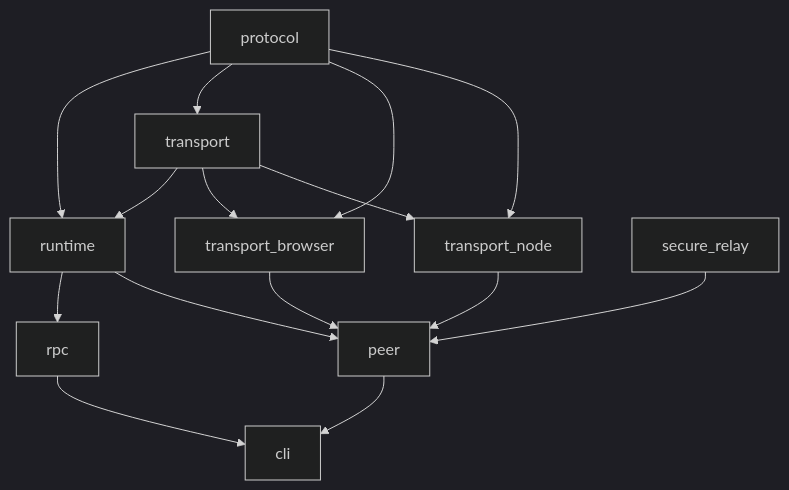
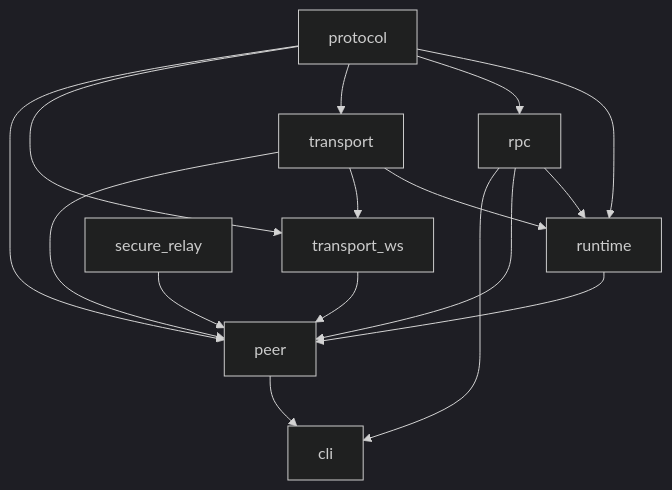
One commit to sidebandtech/sideband changed the diagram in architecture/project-structure.md. Above: the diagram before and after it, drawn with Mermaid (dark theme). The commit also changed other lines of this file and 363 other files, not shown here.

````diff
--- a/architecture/project-structure.md
+++ b/architecture/project-structure.md
@@ -83,17 +80,18 @@
 ```mermaid
 graph TD
   protocol --> runtime
+  protocol --> rpc
+  rpc --> runtime
   protocol --> transport
   transport --> runtime
-  protocol --> transport_browser
-  protocol --> transport_node
-  transport --> transport_browser
-  transport --> transport_node
-  runtime --> rpc
+  protocol --> transport_ws
+  transport --> transport_ws
+  protocol --> peer
+  transport --> peer
+  rpc --> peer
   runtime --> peer
-  transport_browser --> peer
-  transport_node --> peer
+  transport_ws --> peer
   secure_relay --> peer
   peer --> cli
   rpc --> cli
 ```
````
